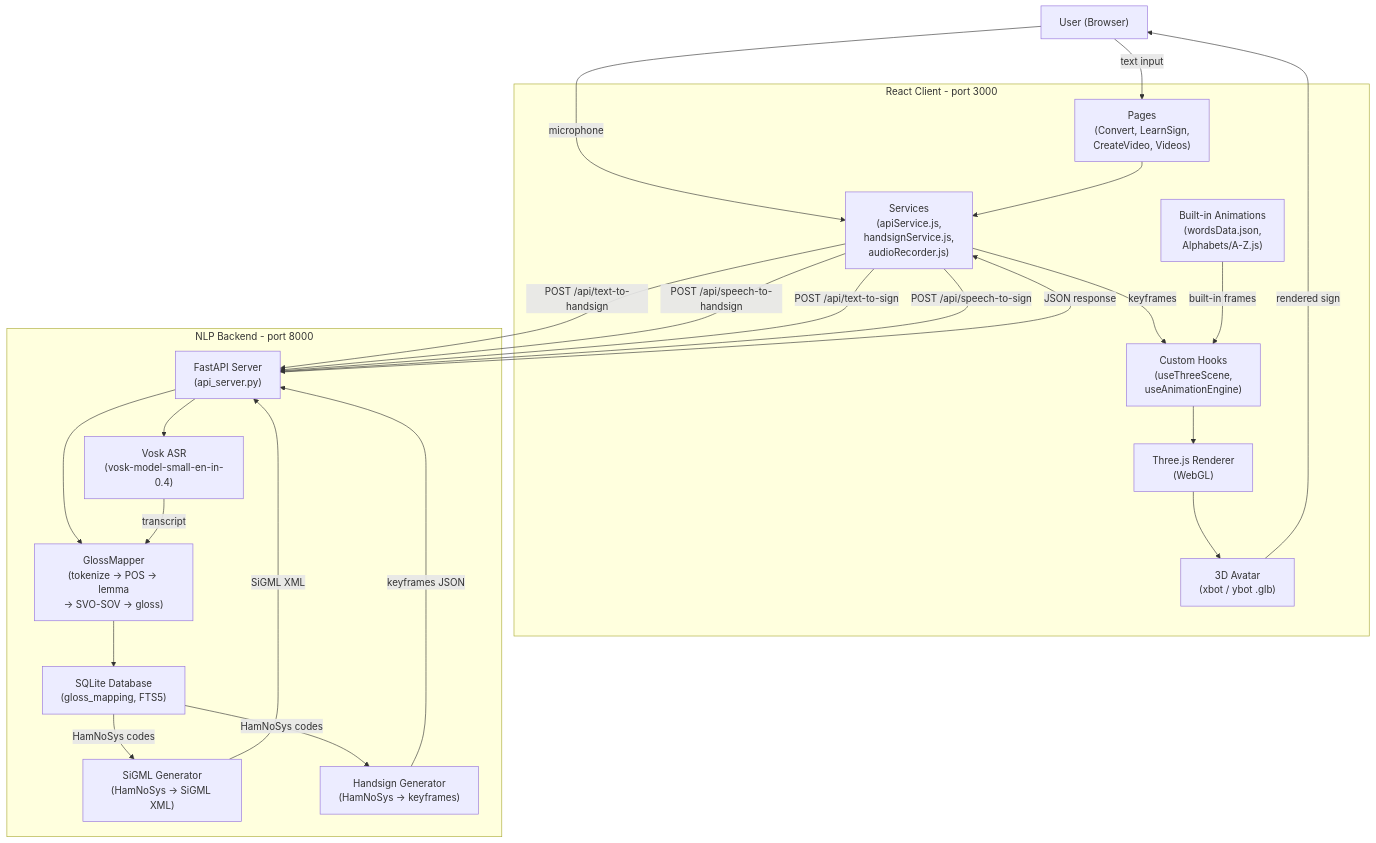
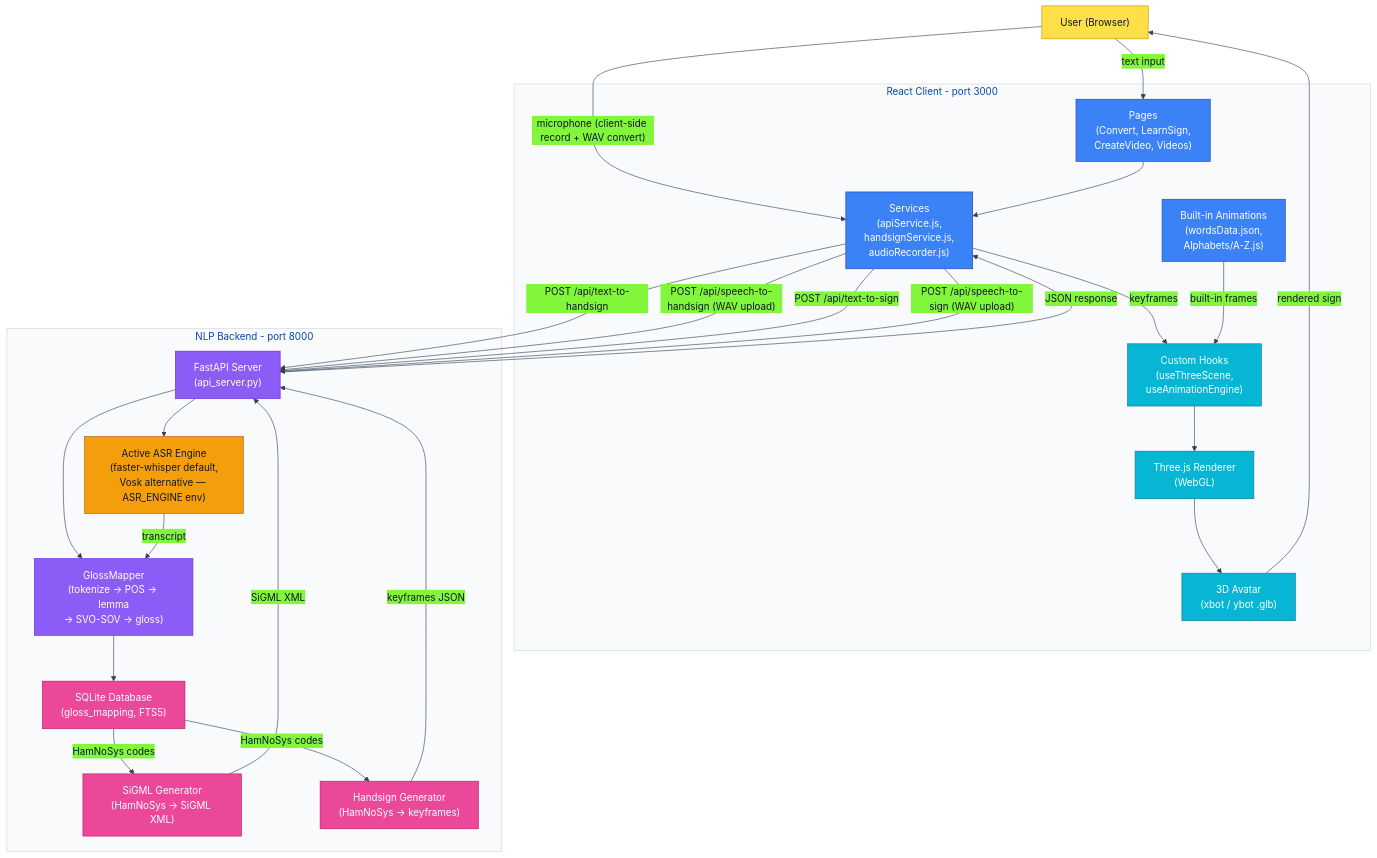
Before and after one commit to Sri-Krishna-V/SignVani: the first of 5 diagrams in docs/architecture.md, drawn with Mermaid. The commit also changed other lines of this file and 2 other files, not shown here.

Commit message:
feat: Update architecture documentation to reflect ASR engine selection and data flow changes

````diff
--- a/docs/architecture.md
+++ b/docs/architecture.md
@@ -40,44 +43,59 @@
 ```mermaid
+%%{init: {'theme': 'base', 'themeVariables': { 'background': '#ffffff', 'primaryColor': '#3B82F6', 'primaryTextColor': '#0F172A', 'primaryBorderColor': '#1E40AF', 'lineColor': '#334155', 'clusterBkg': '#F8FAFC', 'clusterBorder': '#CBD5E1', 'fontFamily': 'Inter, Segoe UI, Arial' }}}%%
 graph TD
     User["User (Browser)"]
 
     subgraph frontend [React Client - port 3000]
         Pages["Pages\n(Convert, LearnSign,\nCreateVideo, Videos)"]
         Services["Services\n(apiService.js,\nhandsignService.js,\naudioRecorder.js)"]
         Hooks["Custom Hooks\n(useThreeScene,\nuseAnimationEngine)"]
         ThreeJS["Three.js Renderer\n(WebGL)"]
         Avatar["3D Avatar\n(xbot / ybot .glb)"]
         AnimData["Built-in Animations\n(wordsData.json,\nAlphabets/A-Z.js)"]
     end
 
     subgraph backend [NLP Backend - port 8000]
         FastAPI["FastAPI Server\n(api_server.py)"]
         GlossMapper["GlossMapper\n(tokenize → POS → lemma\n→ SVO-SOV → gloss)"]
-        VoskASR["Vosk ASR\n(vosk-model-small-en-in-0.4)"]
+        ASREngine["Active ASR Engine\n(faster-whisper default,\nVosk alternative — ASR_ENGINE env)"]
         SQLiteDB["SQLite Database\n(gloss_mapping, FTS5)"]
         SiGMLGen["SiGML Generator\n(HamNoSys → SiGML XML)"]
         HandsignGen["Handsign Generator\n(HamNoSys → keyframes)"]
     end
 
     User -->|"text input"| Pages
-    User -->|"microphone"| Services
+    User -->|"microphone (client-side record + WAV convert)"| Services
     Pages --> Services
     Services -->|"POST /api/text-to-handsign"| FastAPI
-    Services -->|"POST /api/speech-to-handsign"| FastAPI
+    Services -->|"POST /api/speech-to-handsign (WAV upload)"| FastAPI
     Services -->|"POST /api/text-to-sign"| FastAPI
-    Services -->|"POST /api/speech-to-sign"| FastAPI
+    Services -->|"POST /api/speech-to-sign (WAV upload)"| FastAPI
     FastAPI --> GlossMapper
-    FastAPI --> VoskASR
-    VoskASR -->|"transcript"| GlossMapper
+    FastAPI --> ASREngine
+    ASREngine -->|"transcript"| GlossMapper
     GlossMapper --> SQLiteDB
     SQLiteDB -->|"HamNoSys codes"| SiGMLGen
     SQLiteDB -->|"HamNoSys codes"| HandsignGen
     SiGMLGen -->|"SiGML XML"| FastAPI
     HandsignGen -->|"keyframes JSON"| FastAPI
     FastAPI -->|"JSON response"| Services
     Services -->|"keyframes"| Hooks
     AnimData -->|"built-in frames"| Hooks
     Hooks --> ThreeJS
     ThreeJS --> Avatar
     Avatar -->|"rendered sign"| User
+
+    classDef client fill:#3B82F6,stroke:#1E40AF,color:#FFFFFF;
+    classDef asr fill:#F59E0B,stroke:#B45309,color:#111827;
+    classDef nlp fill:#8B5CF6,stroke:#6D28D9,color:#FFFFFF;
+    classDef data fill:#EC4899,stroke:#BE185D,color:#FFFFFF;
+    classDef render fill:#06B6D4,stroke:#0E7490,color:#FFFFFF;
+    classDef user fill:#FDE047,stroke:#CA8A04,color:#111827;
+
+    class User user;
+    class Pages,Services,AnimData client;
+    class Hooks,ThreeJS,Avatar render;
+    class FastAPI,GlossMapper nlp;
+    class ASREngine asr;
+    class SQLiteDB,SiGMLGen,HandsignGen data;
 ```
````
